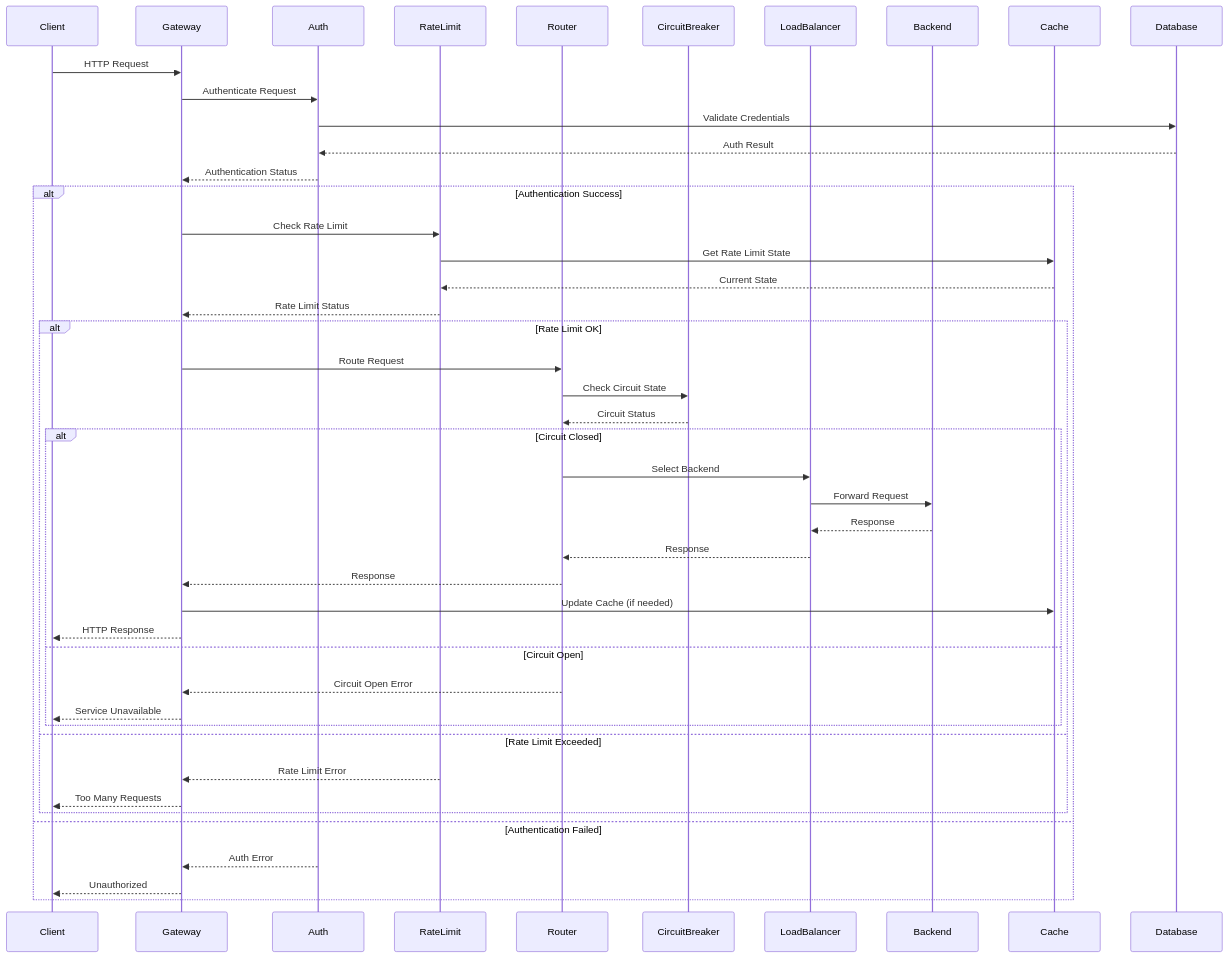
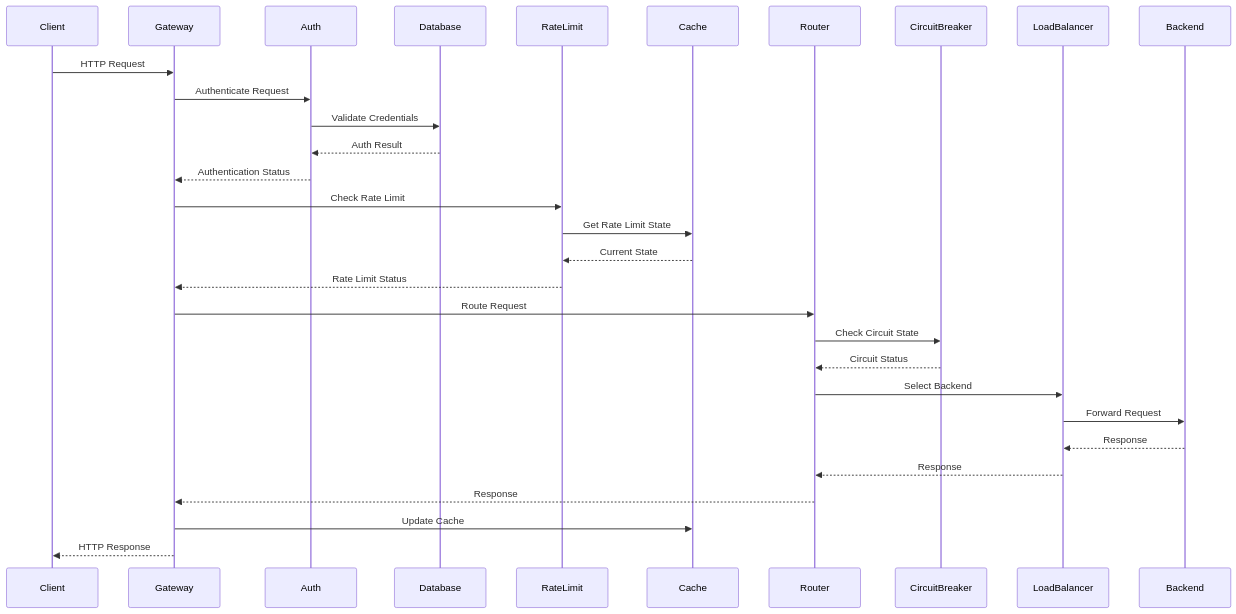
One commit to fluxsce/gateway changed the third of 16 diagrams in docs/guide/architecture.md. Above: the diagram before and after it, drawn with Mermaid. The commit also changed other lines of this file and 1 other file, not shown here.

Commit message:
架构图显示错误修复

````diff
--- a/docs/guide/architecture.md
+++ b/docs/guide/architecture.md
@@ -153,51 +83,25 @@
 ```mermaid
 sequenceDiagram
-    participant Client
-    participant Gateway
-    participant Auth
-    participant RateLimit
-    participant Router
-    participant CircuitBreaker
-    participant LoadBalancer
-    participant Backend
-    participant Cache
-    participant Database
-    
     Client->>Gateway: HTTP Request
     Gateway->>Auth: Authenticate Request
     Auth->>Database: Validate Credentials
     Database-->>Auth: Auth Result
     Auth-->>Gateway: Authentication Status
     
-    alt Authentication Success
-        Gateway->>RateLimit: Check Rate Limit
-        RateLimit->>Cache: Get Rate Limit State
-        Cache-->>RateLimit: Current State
-        RateLimit-->>Gateway: Rate Limit Status
-        
-        alt Rate Limit OK
-            Gateway->>Router: Route Request
-            Router->>CircuitBreaker: Check Circuit State
-            CircuitBreaker-->>Router: Circuit Status
-            
-            alt Circuit Closed
-                Router->>LoadBalancer: Select Backend
-                LoadBalancer->>Backend: Forward Request
-                Backend-->>LoadBalancer: Response
-                LoadBalancer-->>Router: Response
-                Router-->>Gateway: Response
-                Gateway->>Cache: Update Cache (if needed)
-                Gateway-->>Client: HTTP Response
-            else Circuit Open
-                Router-->>Gateway: Circuit Open Error
-                Gateway-->>Client: Service Unavailable
-            end
-        else Rate Limit Exceeded
-            RateLimit-->>Gateway: Rate Limit Error
-            Gateway-->>Client: Too Many Requests
-        end
-    else Authentication Failed
-        Auth-->>Gateway: Auth Error
-        Gateway-->>Client: Unauthorized
-    end
+    Gateway->>RateLimit: Check Rate Limit
+    RateLimit->>Cache: Get Rate Limit State
+    Cache-->>RateLimit: Current State
+    RateLimit-->>Gateway: Rate Limit Status
+    
+    Gateway->>Router: Route Request
+    Router->>CircuitBreaker: Check Circuit State
+    CircuitBreaker-->>Router: Circuit Status
+    
+    Router->>LoadBalancer: Select Backend
+    LoadBalancer->>Backend: Forward Request
+    Backend-->>LoadBalancer: Response
+    LoadBalancer-->>Router: Response
+    Router-->>Gateway: Response
+    Gateway->>Cache: Update Cache
+    Gateway-->>Client: HTTP Response
 ```
````
